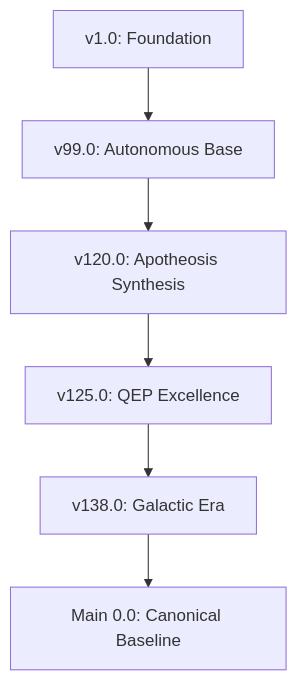
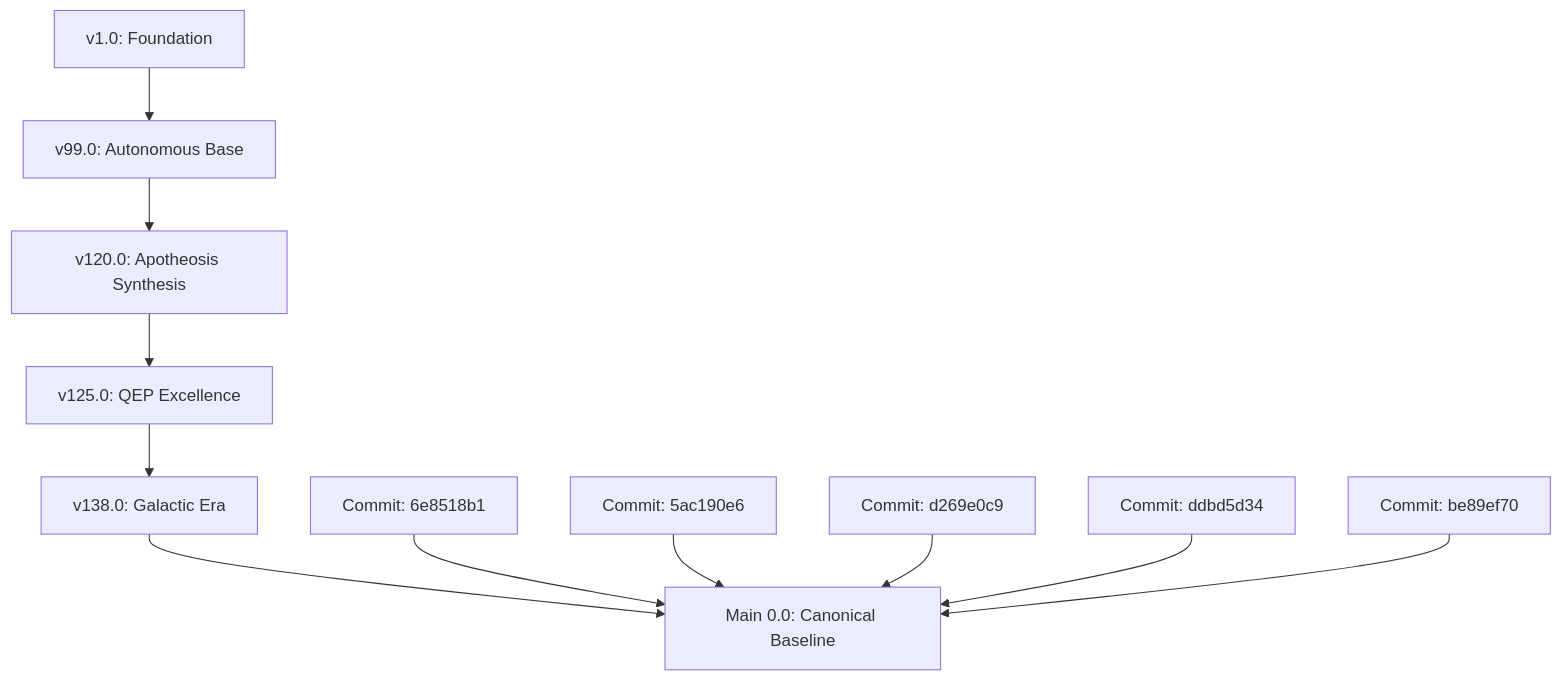
The diagram in VERSION_LINEAGE_FINAL.md (Rehan719/Workstation), drawn with Mermaid before and after one commit. The commit also changed other lines of this file and 13 other files, not shown here.

First line of the commit message:
release(Main 0.0): The Ultimate Supreme Baseline - Final Forensic Consolidation

````diff
--- a/VERSION_LINEAGE_FINAL.md
+++ b/VERSION_LINEAGE_FINAL.md
@@ -5,8 +5,13 @@
 ```mermaid
 graph TD
     v1.0[v1.0: Foundation] --> v99.0[v99.0: Autonomous Base]
     v99.0 --> v120.0[v120.0: Apotheosis Synthesis]
     v120.0 --> v125.0[v125.0: QEP Excellence]
     v125.0 --> v138.0[v138.0: Galactic Era]
-    v138.0 --> vFinal[Main 0.0: Canonical Baseline]
+    v138.0 --> Main0[Main 0.0: Canonical Baseline]
+    6e8518b1[Commit: 6e8518b1] --> Main0
+    5ac190e6[Commit: 5ac190e6] --> Main0
+    d269e0c9[Commit: d269e0c9] --> Main0
+    ddbd5d34[Commit: ddbd5d34] --> Main0
+    be89ef70[Commit: be89ef70] --> Main0
 ```
````
